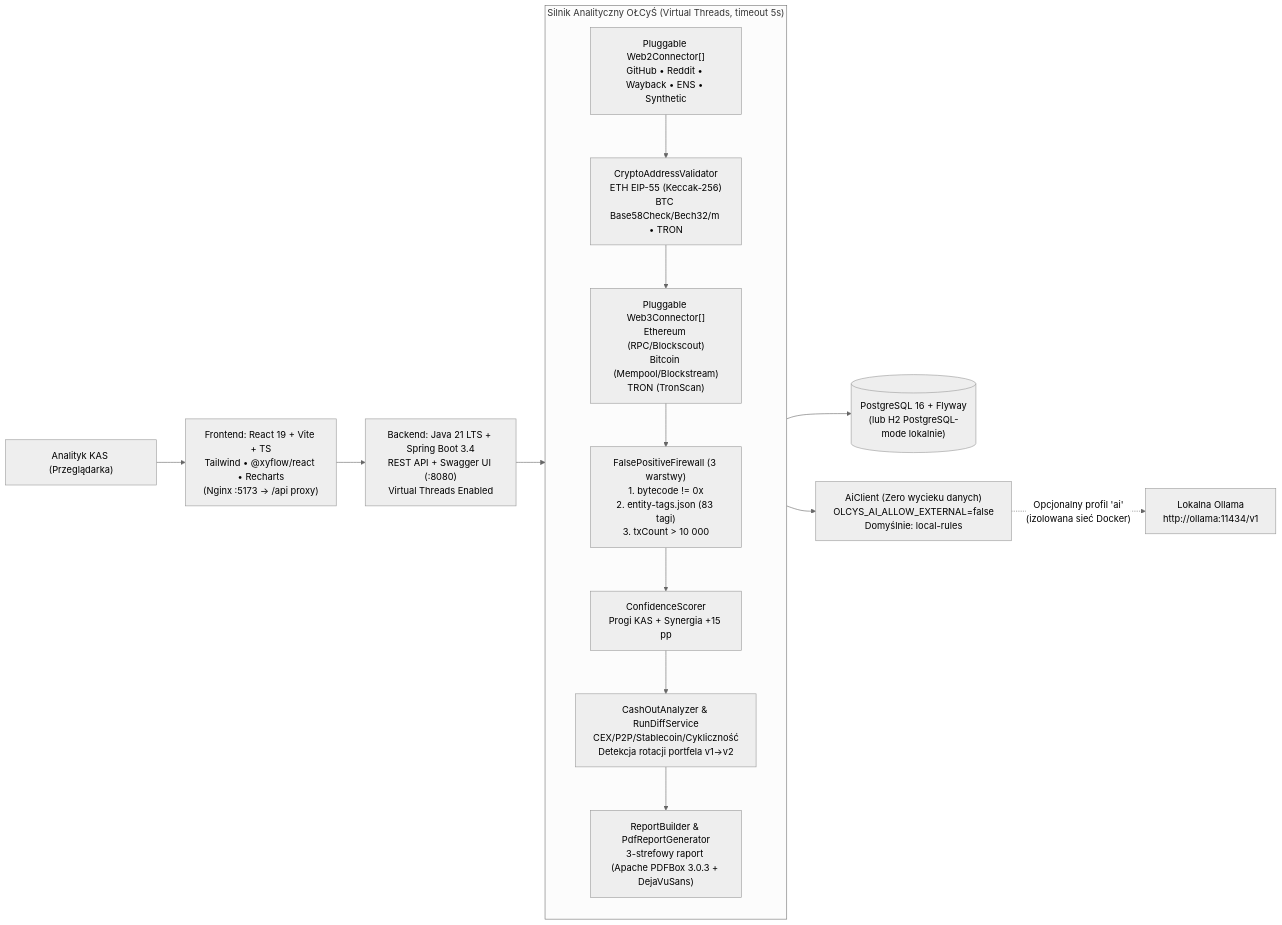
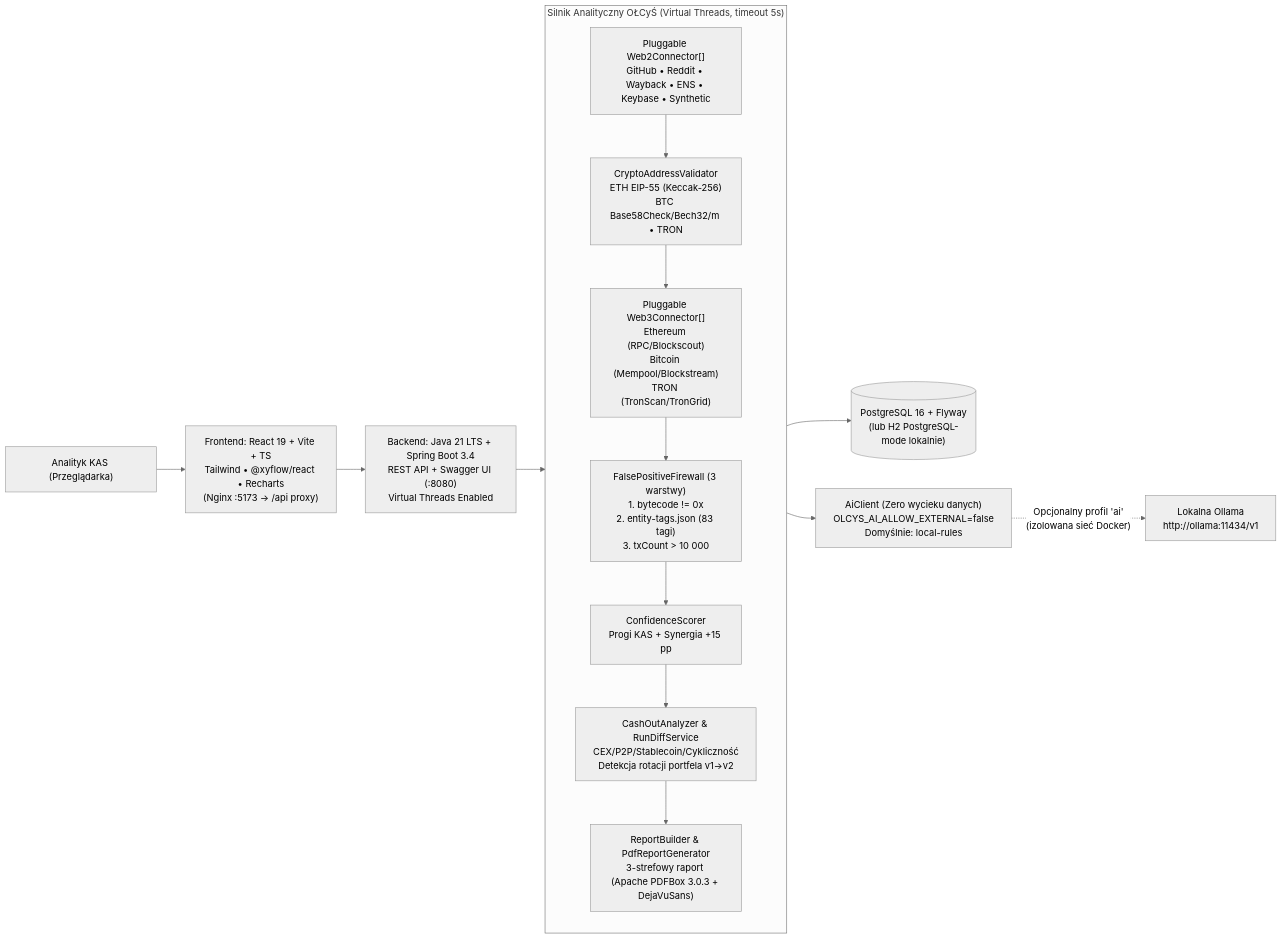
Before and after one commit to unseen2004/olcys: the diagram in README.md, drawn with Mermaid (neutral theme). The commit also changed other lines of this file and 39 other files, not shown here.

````diff
--- a/README.md
+++ b/README.md
@@ -166,20 +167,20 @@
 ```mermaid
 flowchart LR
     U["Analityk KAS (Przeglądarka)"] --> FE["Frontend: React 19 + Vite + TS\nTailwind • @xyflow/react • Recharts\n(Nginx :5173 -> /api proxy)"]
     FE --> API["Backend: Java 21 LTS + Spring Boot 3.4\nREST API + Swagger UI (:8080)\nVirtual Threads Enabled"]
 
     subgraph ORCH["Silnik Analityczny OŁCyŚ (Virtual Threads, timeout 5s)"]
         direction TB
-        W2["Pluggable Web2Connector[]\nGitHub • Reddit • Wayback • ENS • Synthetic"] --> VAL["CryptoAddressValidator\nETH EIP-55 (Keccak-256)\nBTC Base58Check/Bech32/m • TRON"]
-        VAL --> W3["Pluggable Web3Connector[]\nEthereum (RPC/Blockscout)\nBitcoin (Mempool/Blockstream)\nTRON (TronScan)"]
+        W2["Pluggable Web2Connector[]\nGitHub • Reddit • Wayback • ENS • Keybase • Synthetic"] --> VAL["CryptoAddressValidator\nETH EIP-55 (Keccak-256)\nBTC Base58Check/Bech32/m • TRON"]
+        VAL --> W3["Pluggable Web3Connector[]\nEthereum (RPC/Blockscout)\nBitcoin (Mempool/Blockstream)\nTRON (TronScan/TronGrid)"]
         W3 --> FP["FalsePositiveFirewall (3 warstwy)\n1. bytecode != 0x\n2. entity-tags.json (83 tagi)\n3. txCount > 10 000"]
         FP --> SC["ConfidenceScorer\nProgi KAS + Synergia +15 pp"]
         SC --> CO["CashOutAnalyzer & RunDiffService\nCEX/P2P/Stablecoin/Cykliczność\nDetekcja rotacji portfela v1->v2"]
         CO --> REP["ReportBuilder & PdfReportGenerator\n3-strefowy raport (Apache PDFBox 3.0.3 + DejaVuSans)"]
     end
 
     API --> ORCH
     ORCH --> DB[("PostgreSQL 16 + Flyway\n(lub H2 PostgreSQL-mode lokalnie)")]
     ORCH --> AI["AiClient (Zero wycieku danych)\nOLCYS_AI_ALLOW_EXTERNAL=false\nDomyślnie: local-rules"]
     AI -. "Opcjonalny profil 'ai'\n(izolowana sieć Docker)" .-> OLL["Lokalna Ollama\nhttp://ollama:11434/v1"]
 ```
````
